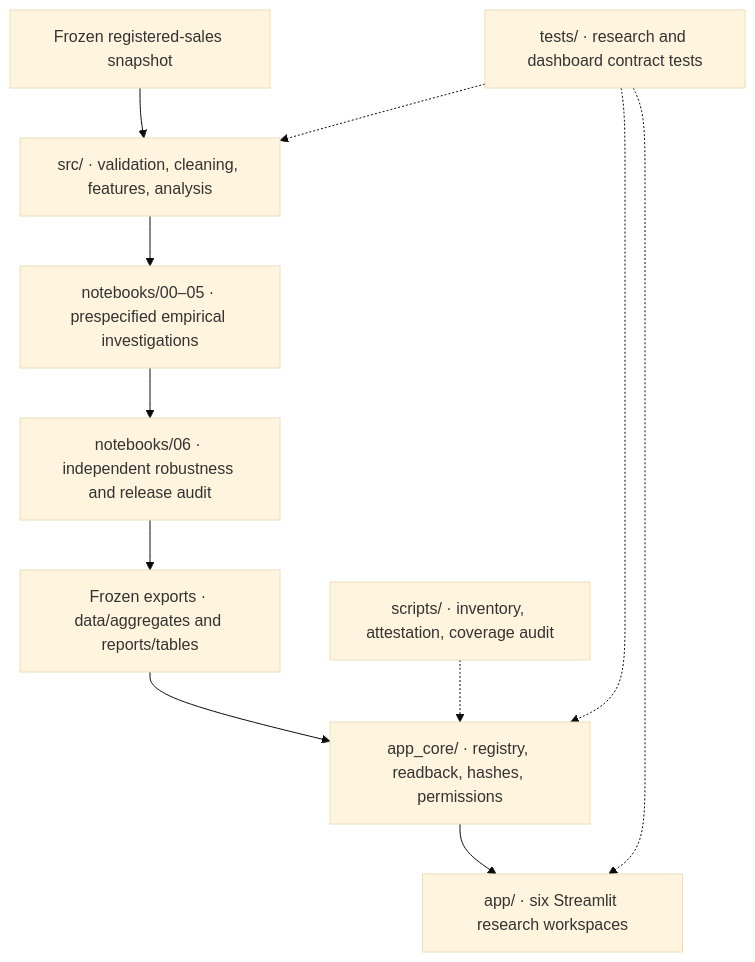
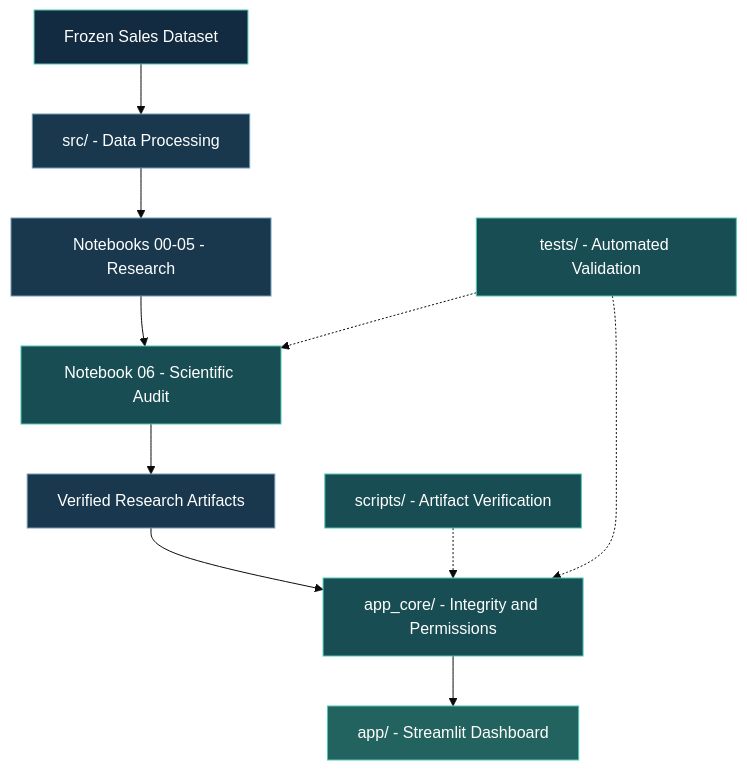
The diagram in README.md (anandhusuresh04/Dubai-Real-Estate-Analytics-V2), drawn with Mermaid (base theme) before and after one commit.

Commit message:
docs: improve architecture diagram

````diff
--- a/README.md
+++ b/README.md
@@ -205,13 +205,27 @@
 ```mermaid
-flowchart TD
-    A["Frozen registered-sales snapshot"] --> B["src/ · validation, cleaning, features, analysis"]
-    B --> C["notebooks/00–05 · prespecified empirical investigations"]
-    C --> D["notebooks/06 · independent robustness and release audit"]
-    D --> E["Frozen exports · data/aggregates and reports/tables"]
-    E --> F["app_core/ · registry, readback, hashes, permissions"]
-    F --> G["app/ · six Streamlit research workspaces"]
-    H["scripts/ · inventory, attestation, coverage audit"] -.-> F
-    T["tests/ · research and dashboard contract tests"] -.-> B
+flowchart TB
+    A["Frozen Sales Dataset"]
+    B["src/ - Data Processing"]
+    C["Notebooks 00-05 - Research"]
+    D["Notebook 06 - Scientific Audit"]
+    E["Verified Research Artifacts"]
+    F["app_core/ - Integrity and Permissions"]
+    G["app/ - Streamlit Dashboard"]
+    H["scripts/ - Artifact Verification"]
+    T["tests/ - Automated Validation"]
+
+    A --> B --> C --> D --> E --> F --> G
+    H -.-> F
+    T -.-> D
     T -.-> F
-    T -.-> G
+
+    classDef source fill:#122B40,stroke:#4CC9B4,color:#FFFFFF
+    classDef process fill:#19384E,stroke:#719DB4,color:#FFFFFF
+    classDef audit fill:#184D54,stroke:#4CC9B4,color:#FFFFFF
+    classDef product fill:#23635F,stroke:#4CC9B4,color:#FFFFFF
+
+    class A source
+    class B,C,E process
+    class D,F,H,T audit
+    class G product
 ```
````
